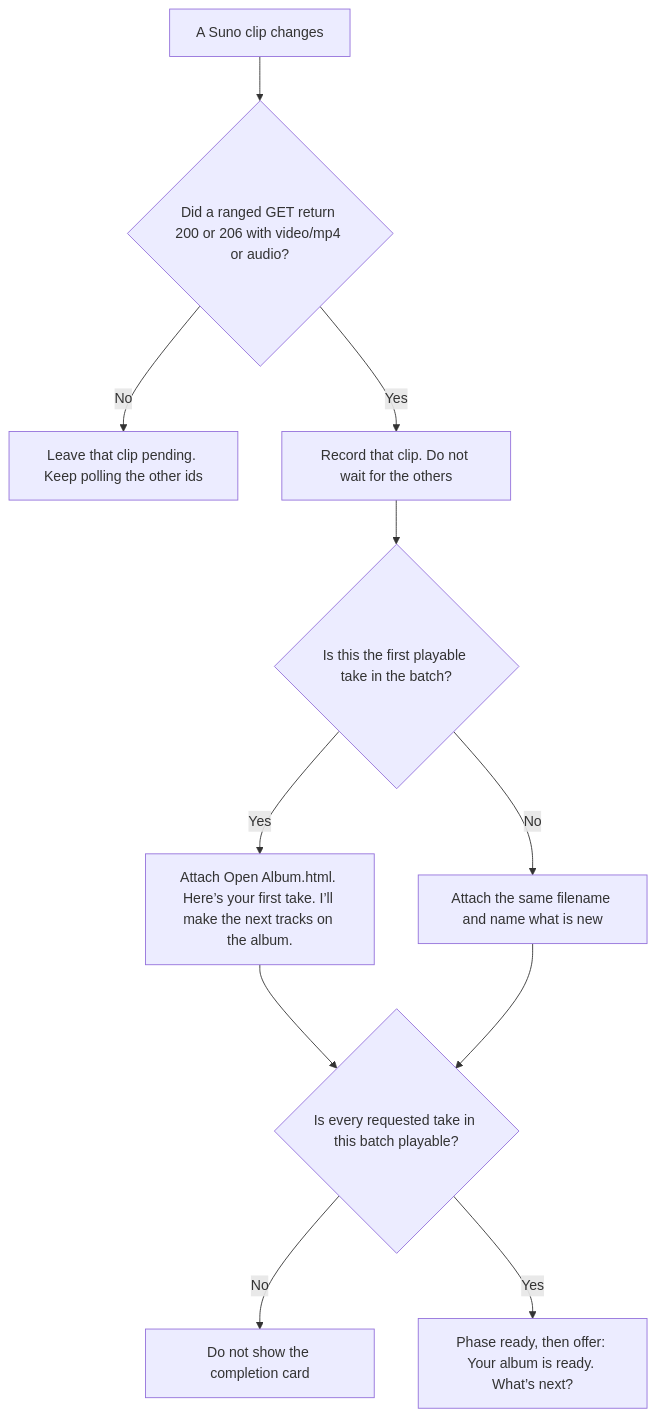
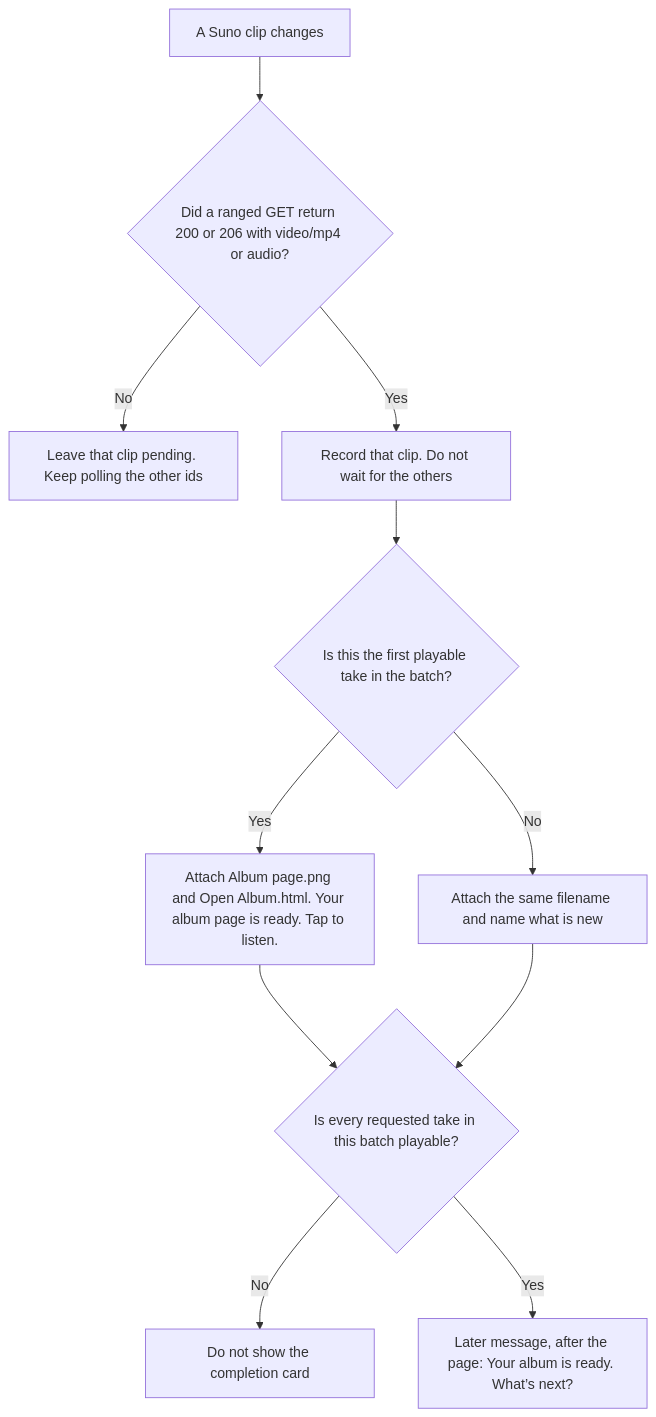
One commit to sashakhad/album-kit changed the fifth of 7 diagrams in docs/decision-charts.md. Above: the diagram before and after it, drawn with Mermaid. The commit also changed other lines of this file and 23 other files, not shown here.

First line of the commit message:
Send a playable page as each take lands, and reload main every message.

````diff
--- a/docs/decision-charts.md
+++ b/docs/decision-charts.md
@@ -101,13 +101,13 @@
 ```mermaid
 flowchart TD
   clip["A Suno clip changes"] --> ready{"Did a ranged GET return 200 or 206 with video/mp4 or audio?"}
   ready -->|No| wait["Leave that clip pending. Keep polling the other ids"]
   ready -->|Yes| record["Record that clip. Do not wait for the others"]
   record --> first{"Is this the first playable take in the batch?"}
-  first -->|Yes| sendFirst["Attach Open Album.html. Here’s your first take. I’ll make the next tracks on the album."]
+  first -->|Yes| sendFirst["Attach Album page.png and Open Album.html. Your album page is ready. Tap to listen."]
   first -->|No| sendMore["Attach the same filename and name what is new"]
   sendFirst --> done{"Is every requested take in this batch playable?"}
   sendMore --> done
   done -->|No| watch["Do not show the completion card"]
-  done -->|Yes| card["Phase ready, then offer: Your album is ready. What’s next?"]
+  done -->|Yes| card["Later message, after the page: Your album is ready. What’s next?"]
 ```
````
